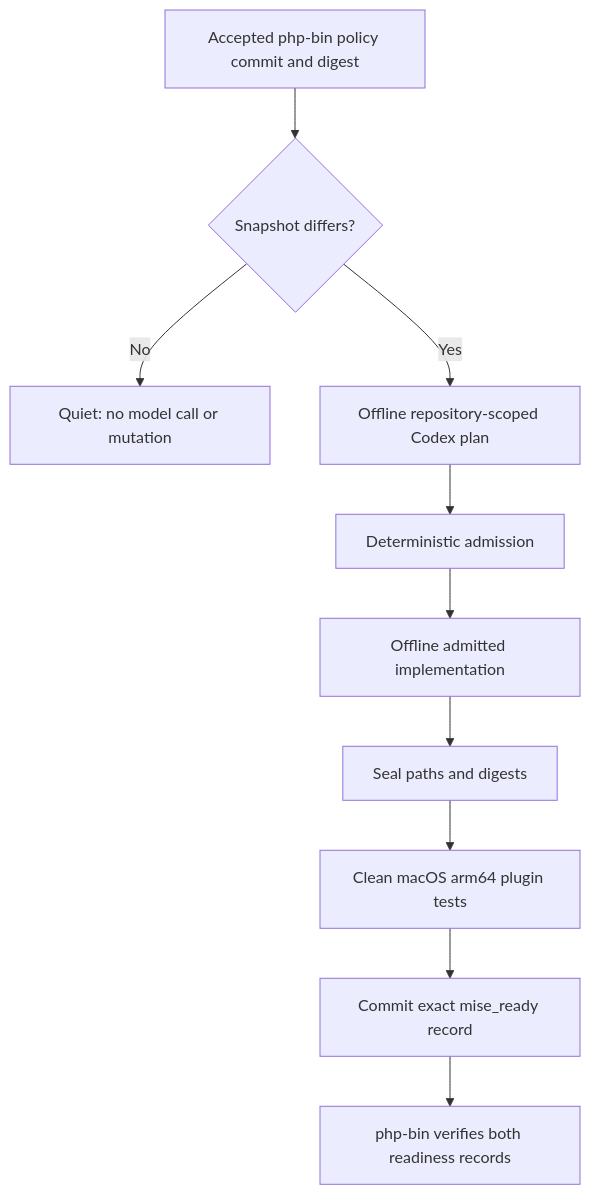
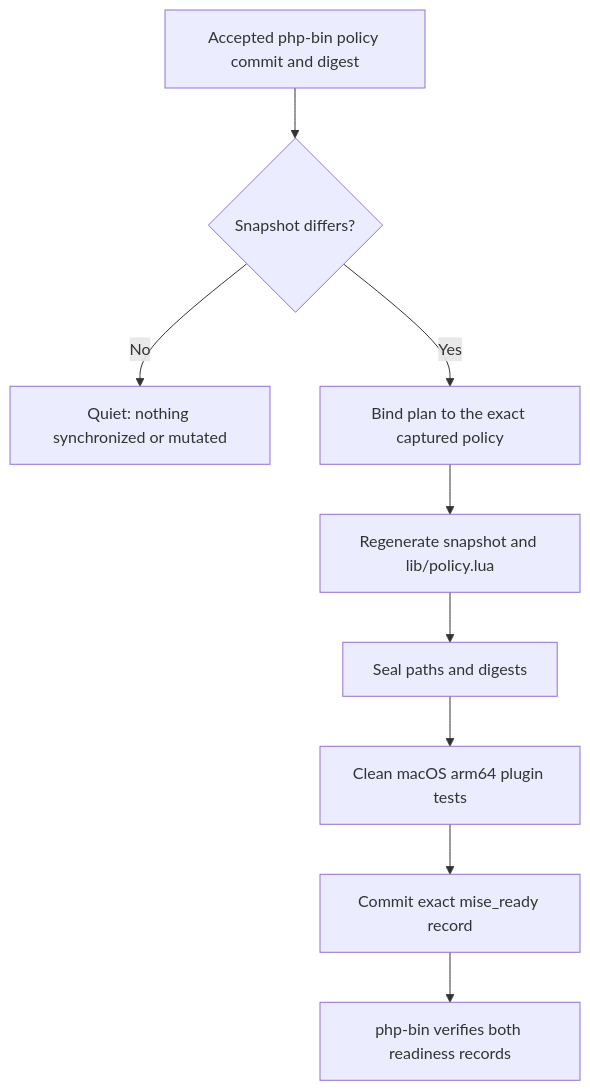
Before and after one commit to Bigpixelrocket/mise-php: the first of 2 diagrams in AUTORELEASE.md, drawn with Mermaid. The commit also changed other lines of this file and 25 other files, not shown here.

First line of the commit message:
feat(autorelease): synchronize the accepted policy without a model (#32)

````diff
--- a/AUTORELEASE.md
+++ b/AUTORELEASE.md
@@ -30,12 +37,11 @@
 ```mermaid
 flowchart TD
   policy["Accepted php-bin policy commit and digest"] --> compare{"Snapshot differs?"}
-  compare -- "No" --> quiet["Quiet: no model call or mutation"]
-  compare -- "Yes" --> plan["Offline repository-scoped Codex plan"]
-  plan --> admit["Deterministic admission"]
-  admit --> patch["Offline admitted implementation"]
+  compare -- "No" --> quiet["Quiet: nothing synchronized or mutated"]
+  compare -- "Yes" --> plan["Bind plan to the exact captured policy"]
+  plan --> patch["Regenerate snapshot and lib/policy.lua"]
   patch --> seal["Seal paths and digests"]
   seal --> test["Clean macOS arm64 plugin tests"]
   test --> ready["Commit exact mise_ready record"]
   ready --> release["php-bin verifies both readiness records"]
 ```
````
